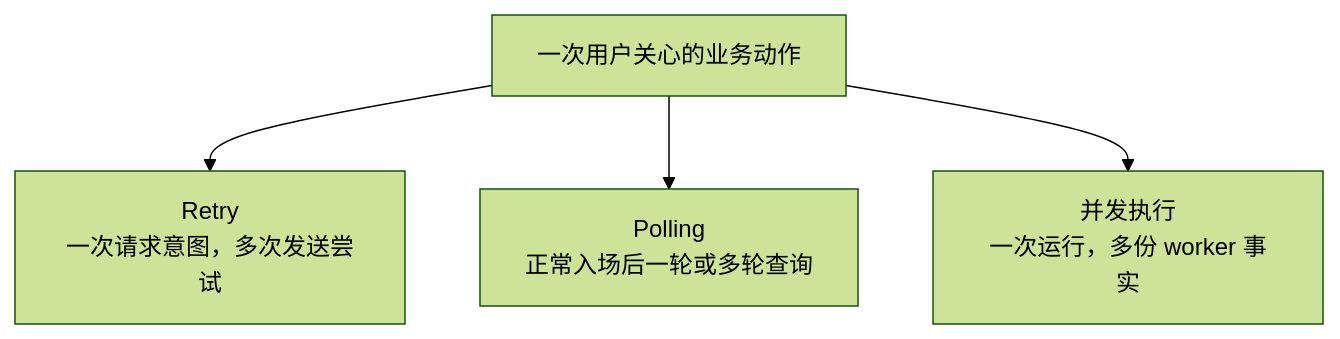
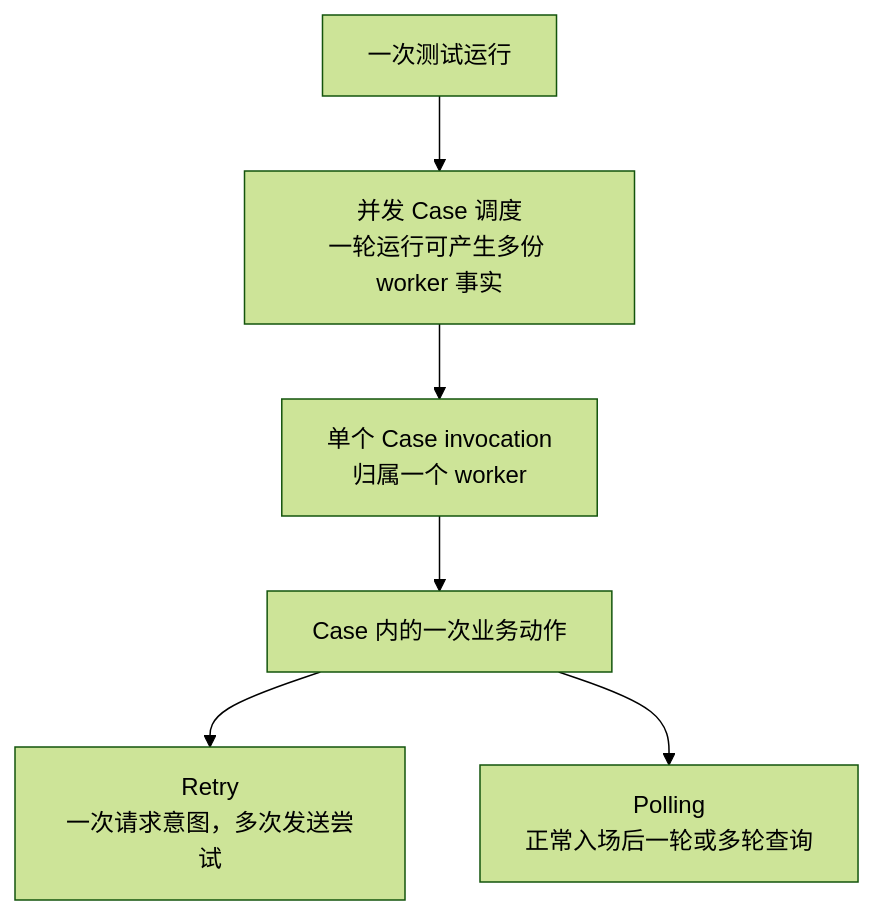
Before and after one commit to wjy801/llm_api_case: the second of 5 diagrams in course/核心/第01课-复杂LLM调用为什么需要可信事实链.md, drawn with Mermaid (forest theme). The commit also changed other lines of this file and 29 other files, not shown here.

````diff
--- a/course/核心/第01课-复杂LLM调用为什么需要可信事实链.md
+++ b/course/核心/第01课-复杂LLM调用为什么需要可信事实链.md
@@ -167,8 +167,8 @@
 ```mermaid
 flowchart TD
-    A["一次用户关心的业务动作"]
-
+    RUN["一次测试运行"] --> W["并发 Case 调度<br/>一轮运行可产生多份 worker 事实"]
+    W --> C["单个 Case invocation<br/>归属一个 worker"]
+    C --> A["Case 内的一次业务动作"]
     A --> R["Retry<br/>一次请求意图，多次发送尝试"]
     A --> P["Polling<br/>正常入场后一轮或多轮查询"]
-    A --> W["并发执行<br/>一次运行，多份 worker 事实"]
 ```
````
